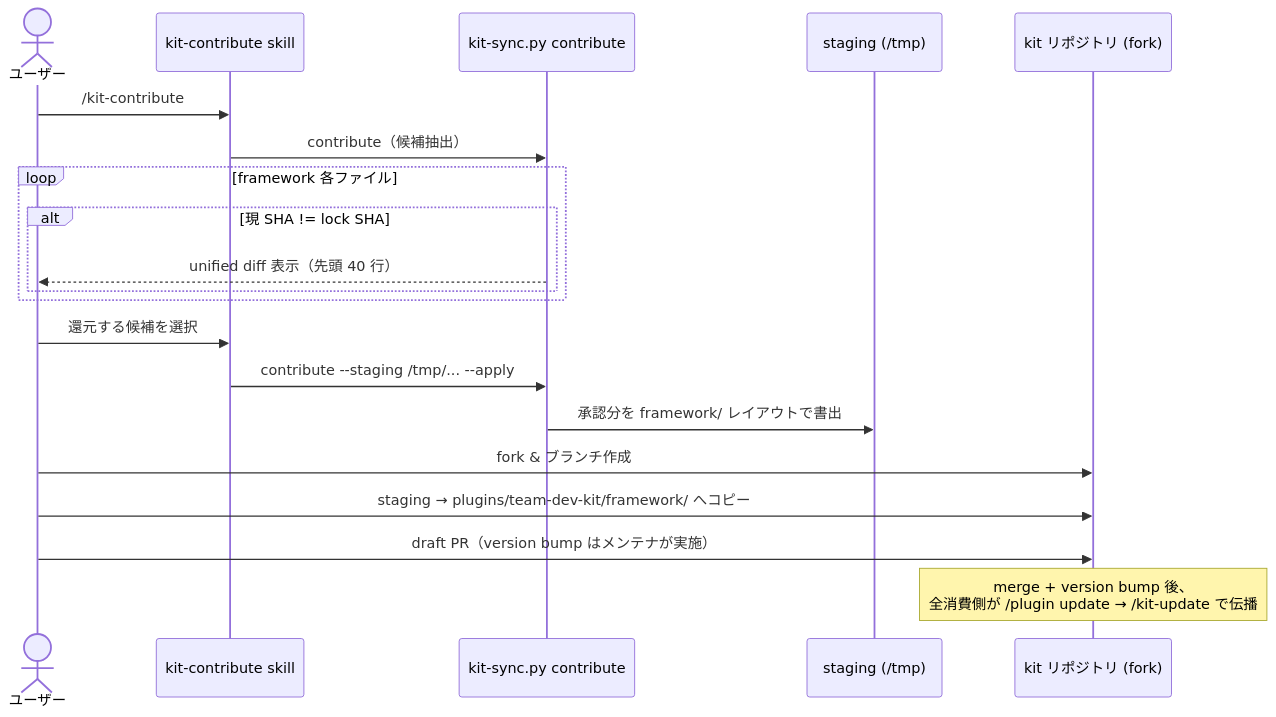
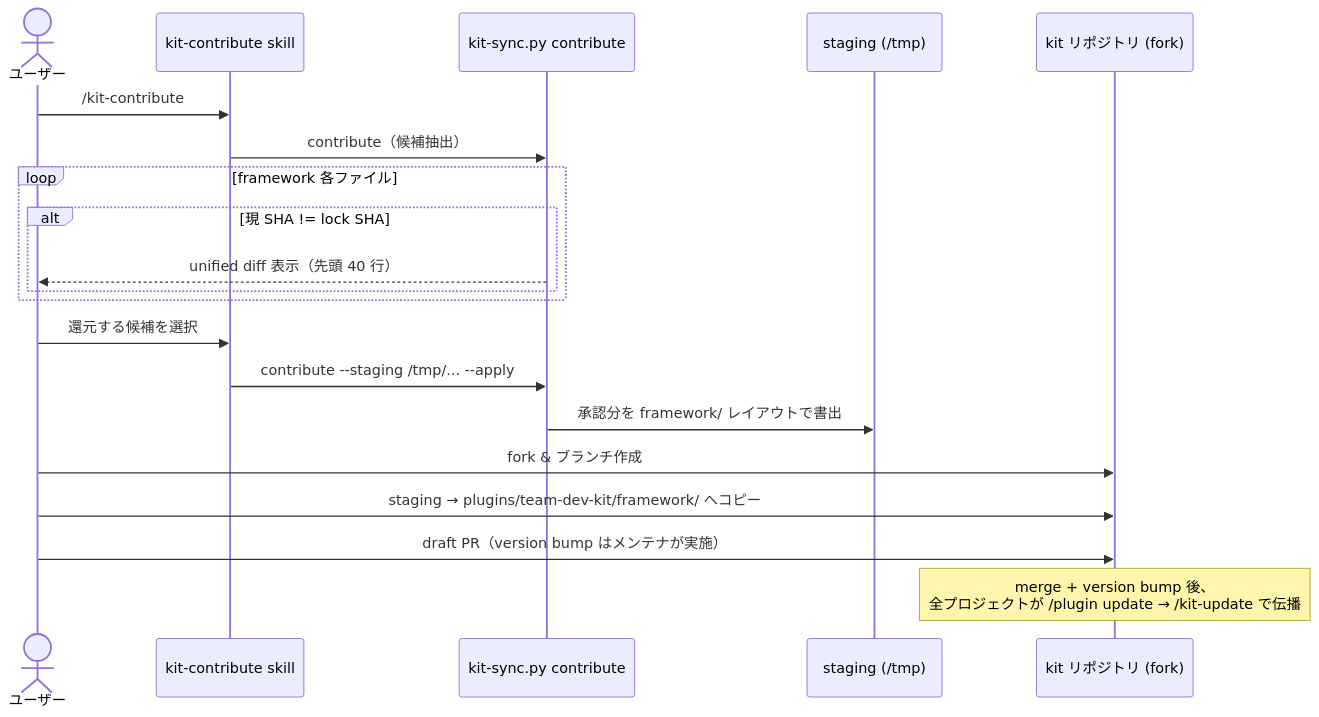
One commit to aRaikoFunakami/team-dev-kit changed the fifth of 6 diagrams in docs/architecture.md. Above: the diagram before and after it, drawn with Mermaid. The commit also changed other lines of this file, not shown here.

First line of the commit message:
docs(architecture): 用語を A層/B層 に統一し全体像セクションを追加

````diff
--- a/docs/architecture.md
+++ b/docs/architecture.md
@@ -227,23 +274,23 @@
 ```mermaid
 sequenceDiagram
     actor U as ユーザー
     participant S as kit-contribute skill
     participant P as kit-sync.py contribute
     participant ST as staging (/tmp)
     participant K as kit リポジトリ (fork)
 
     U->>S: /kit-contribute
     S->>P: contribute（候補抽出）
     loop framework 各ファイル
         alt 現 SHA != lock SHA
             P-->>U: unified diff 表示（先頭 40 行）
         end
     end
     U->>S: 還元する候補を選択
     S->>P: contribute --staging /tmp/... --apply
     P->>ST: 承認分を framework/ レイアウトで書出
     U->>K: fork & ブランチ作成
     U->>K: staging → plugins/team-dev-kit/framework/ へコピー
     U->>K: draft PR（version bump はメンテナが実施）
-    Note over K: merge + version bump 後、<br/>全消費側が /plugin update → /kit-update で伝播
+    Note over K: merge + version bump 後、<br/>全プロジェクトが /plugin update → /kit-update で伝播
 ```
````
